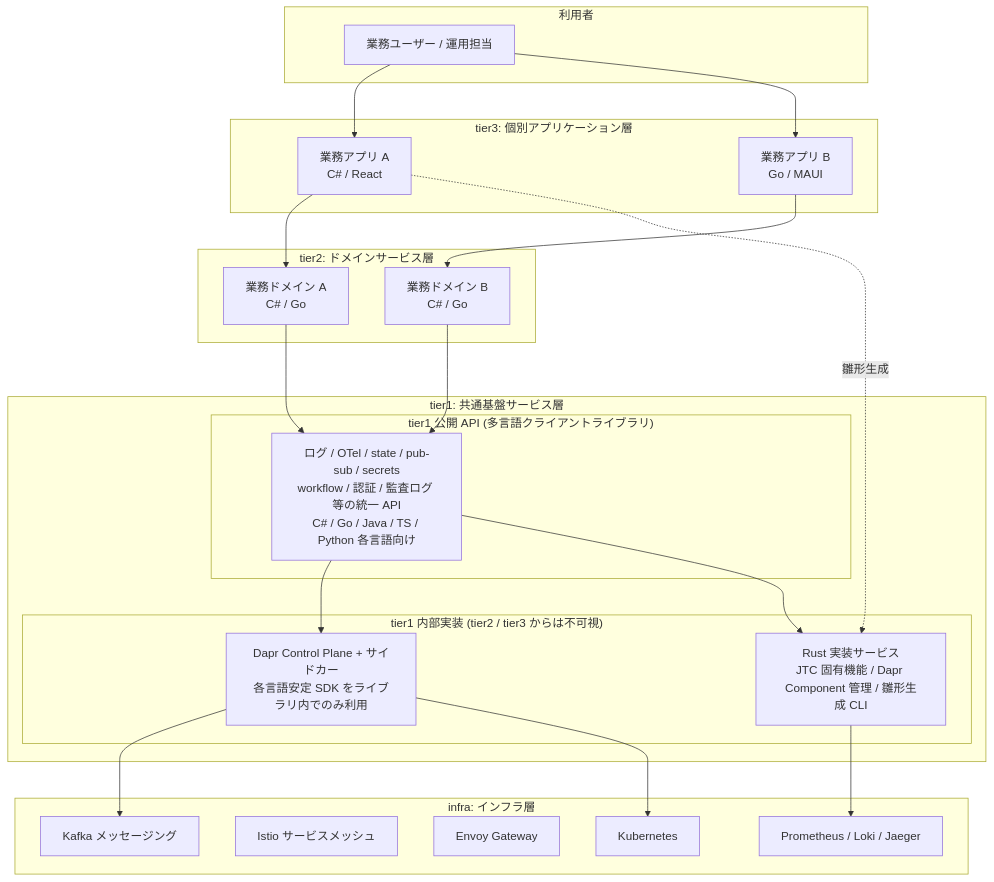
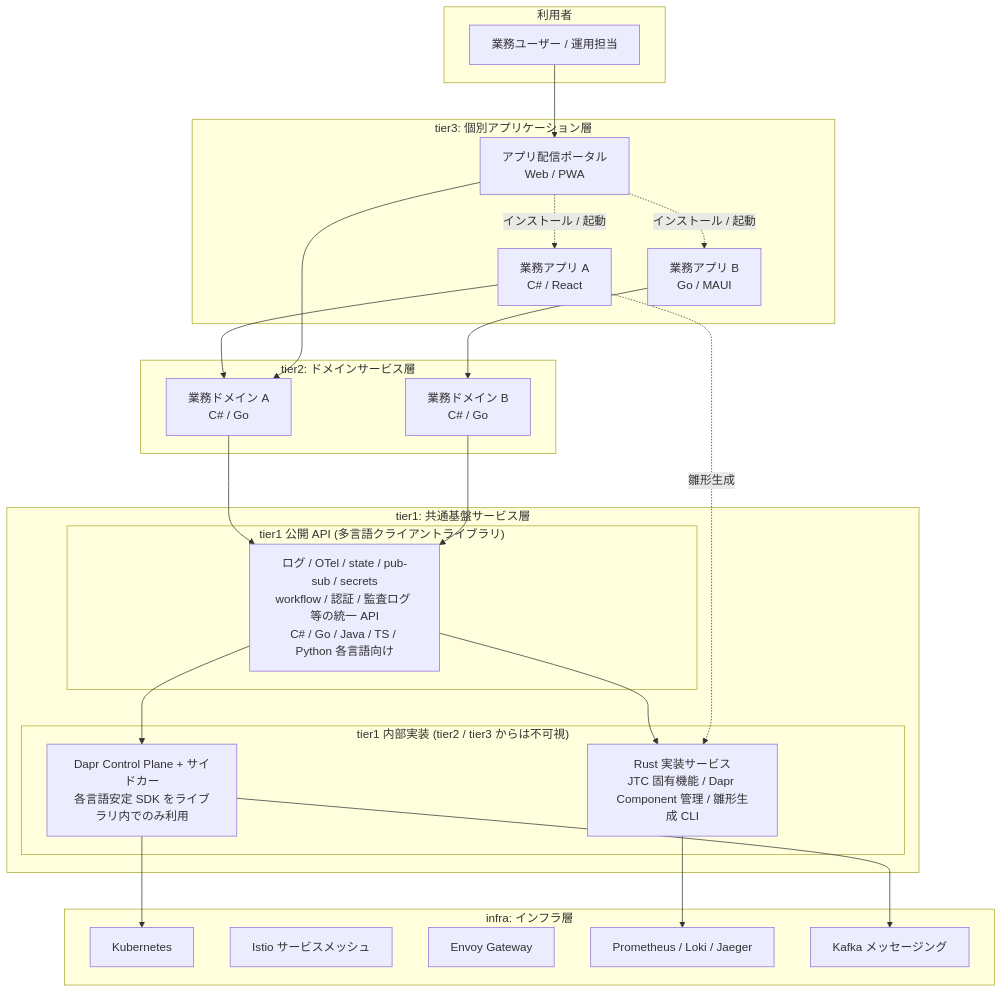
Before and after one commit to RyuheiKiso/k1s0: the first of 5 diagrams in docs/01_企画/事前資料/概念アーキテクチャ図.md, drawn with Mermaid. The commit also changed other lines of this file, not shown here.

Commit message:
feat: アプリ配信ポータルの追加と関連情報の更新
- 概念アーキテクチャ図にアプリ配信ポータルを追加し、業務アプリとの関係を明示。
- tier3層の配信形態とエンドユーザーへの提供方法を詳細に記述。

````diff
--- a/docs/01_企画/事前資料/概念アーキテクチャ図.md
+++ b/docs/01_企画/事前資料/概念アーキテクチャ図.md
@@ -14,47 +14,50 @@
 ```mermaid
 graph TB
     subgraph User["利用者"]
         U[業務ユーザー / 運用担当]
     end
 
     subgraph Tier3["tier3: 個別アプリケーション層"]
+        T3P[アプリ配信ポータル<br/>Web / PWA]
         T3A[業務アプリ A<br/>C# / React]
         T3B[業務アプリ B<br/>Go / MAUI]
     end
 
     subgraph Tier2["tier2: ドメインサービス層"]
         T2A[業務ドメイン A<br/>C# / Go]
         T2B[業務ドメイン B<br/>C# / Go]
     end
 
     subgraph Tier1["tier1: 共通基盤サービス層"]
         subgraph T1API["tier1 公開 API (多言語クライアントライブラリ)"]
             CL[ログ / OTel / state / pub-sub / secrets<br/>workflow / 認証 / 監査ログ 等の統一 API<br/>C# / Go / Java / TS / Python 各言語向け]
         end
         subgraph T1Impl["tier1 内部実装 (tier2 / tier3 からは不可視)"]
             D[Dapr Control Plane + サイドカー<br/>各言語安定 SDK をライブラリ内でのみ利用]
             R[Rust 実装サービス<br/>JTC 固有機能 / Dapr Component 管理 / 雛形生成 CLI]
         end
         CL --> D
         CL --> R
     end
 
     subgraph Infra["infra: インフラ層"]
         I1[Kubernetes]
         I2[Istio サービスメッシュ]
         I3[Envoy Gateway]
         I4[Prometheus / Loki / Jaeger]
         I5[Kafka メッセージング]
     end
 
-    U --> T3A
-    U --> T3B
+    U --> T3P
+    T3P -. インストール / 起動 .-> T3A
+    T3P -. インストール / 起動 .-> T3B
     T3A --> T2A
     T3B --> T2B
+    T3P --> T2A
     T2A --> CL
     T2B --> CL
     T3A -. 雛形生成 .-> R
     D --> I5
     D --> I1
     R --> I4
 ```
````
